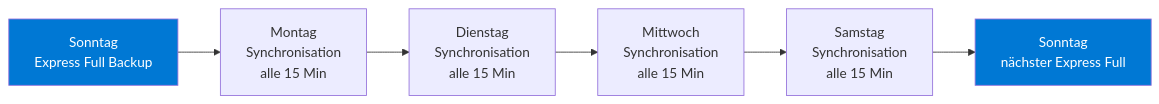
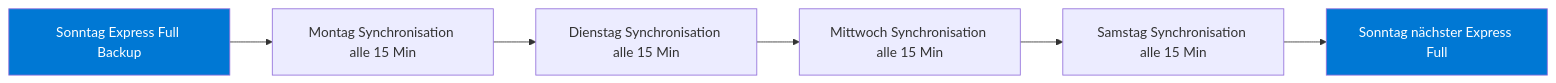
Before and after one commit to SoniiiT/notes-n-docs: the second of 3 diagrams in Microsoft 365/System Center/DPM Grundlagen.md, drawn with Mermaid. The commit also changed other lines of this file and 124 other files, not shown here.

First line of the commit message:
fix: Entferne \n aus allen Mermaid-Diagrammen (125 Dateien)

````diff
--- a/Microsoft 365/System Center/DPM Grundlagen.md
+++ b/Microsoft 365/System Center/DPM Grundlagen.md
@@ -113,11 +113,11 @@
 ```mermaid
 graph LR
-    SUN[Sonntag\nExpress Full Backup] --> MON[Montag\nSynchronisation\nalle 15 Min]
-    MON --> TUE[Dienstag\nSynchronisation\nalle 15 Min]
-    TUE --> WED[Mittwoch\nSynchronisation\nalle 15 Min]
-    WED --> SAT[Samstag\nSynchronisation\nalle 15 Min]
-    SAT --> SUN2[Sonntag\nnächster Express Full]
+    SUN[Sonntag Express Full Backup] --> MON[Montag Synchronisation alle 15 Min]
+    MON --> TUE[Dienstag Synchronisation alle 15 Min]
+    TUE --> WED[Mittwoch Synchronisation alle 15 Min]
+    WED --> SAT[Samstag Synchronisation alle 15 Min]
+    SAT --> SUN2[Sonntag nächster Express Full]
 
     style SUN fill:#0078D4,color:#fff
     style SUN2 fill:#0078D4,color:#fff
 ```
````
